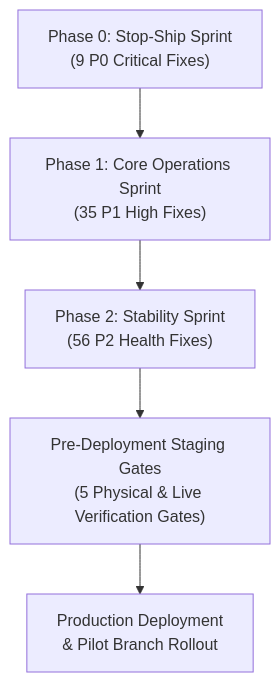
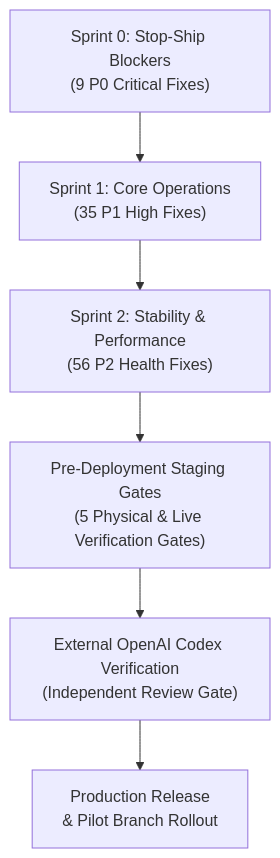
One commit to Fale7-Res/Fale7-Pos changed the second of 2 diagrams in GitHub Copilot Work/EXECUTIVE_SUMMARY.md. Above: the diagram before and after it, drawn with Mermaid. The commit also changed other lines of this file and 10 other files, not shown here.

````diff
--- a/GitHub Copilot Work/EXECUTIVE_SUMMARY.md
+++ b/GitHub Copilot Work/EXECUTIVE_SUMMARY.md
@@ -137,7 +151,14 @@
 ```mermaid
 flowchart TD
-    A["Phase 0: Stop-Ship Sprint\n(9 P0 Critical Fixes)"] --> B["Phase 1: Core Operations Sprint\n(35 P1 High Fixes)"]
-    B --> C["Phase 2: Stability Sprint\n(56 P2 Health Fixes)"]
-    C --> D["Pre-Deployment Staging Gates\n(5 Physical & Live Verification Gates)"]
-    D --> E["Production Deployment\n& Pilot Branch Rollout"]
+    A["Sprint 0: Stop-Ship Blockers
+(9 P0 Critical Fixes)"] --> B["Sprint 1: Core Operations
+(35 P1 High Fixes)"]
+    B --> C["Sprint 2: Stability & Performance
+(56 P2 Health Fixes)"]
+    C --> D["Pre-Deployment Staging Gates
+(5 Physical & Live Verification Gates)"]
+    D --> E["External OpenAI Codex Verification
+(Independent Review Gate)"]
+    E --> F["Production Release
+& Pilot Branch Rollout"]
 ```
````
